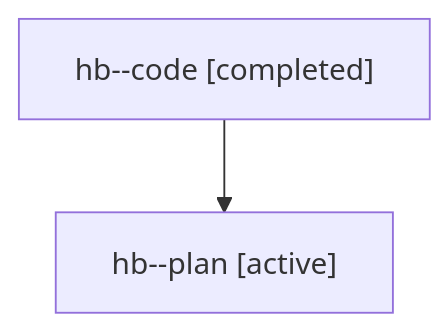
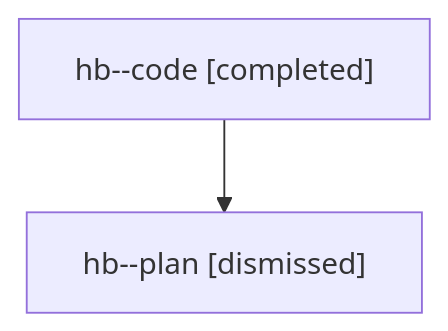
One commit to sase-org/sase--agents changed the diagram in sessions/bbugyi200.athena.hb.md. Above: the diagram before and after it, drawn with Mermaid. The commit also changed other lines of this file and 29 other files, not shown here.

````diff
--- a/sessions/bbugyi200.athena.hb.md
+++ b/sessions/bbugyi200.athena.hb.md
@@ -9,6 +9,6 @@
 ```mermaid
 flowchart TD
   n0["hb--code [completed]"]
-  n1["hb--plan [active]"]
+  n1["hb--plan [dismissed]"]
   n0 --> n1
 ```
````
